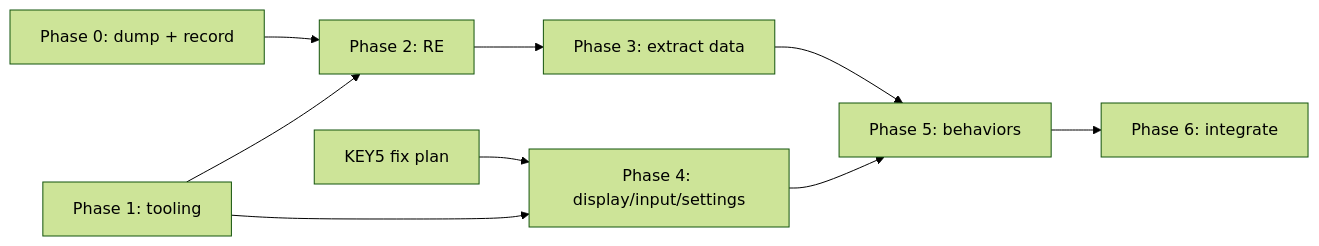
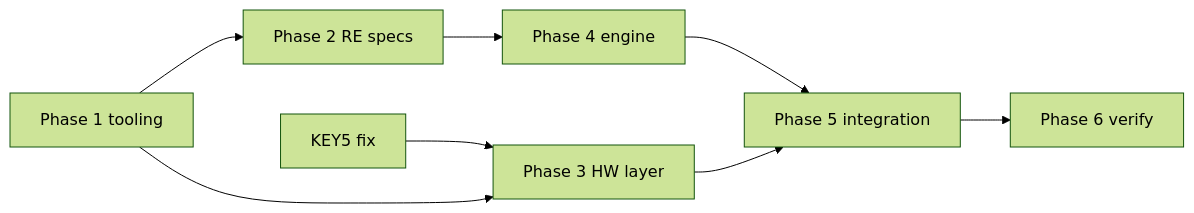
Before and after one commit to Tariomka/stm32-led-cube: the diagram in .agent/plan/porting-plan.md, drawn with Mermaid (forest theme). The commit also changed other lines of this file and 17 other files, not shown here.

````diff
--- a/.agent/plan/porting-plan.md
+++ b/.agent/plan/porting-plan.md
@@ -82,10 +104,9 @@
 ```mermaid
 flowchart LR
-  P0[Phase 0: dump + record] --> P2[Phase 2: RE]
-  P1[Phase 1: tooling] --> P2
-  P2 --> P3[Phase 3: extract data]
-  K[KEY5 fix plan] --> P4
-  P1 --> P4[Phase 4: display/input/settings]
-  P3 --> P5[Phase 5: behaviors]
-  P4 --> P5 --> P6[Phase 6: integrate]
+  T[Phase 1 tooling] --> R[Phase 2 RE specs]
+  K[KEY5 fix] --> H[Phase 3 HW layer]
+  T --> H
+  R --> E[Phase 4 engine]
+  E --> I[Phase 5 integration]
+  H --> I --> V[Phase 6 verify]
 ```
````
